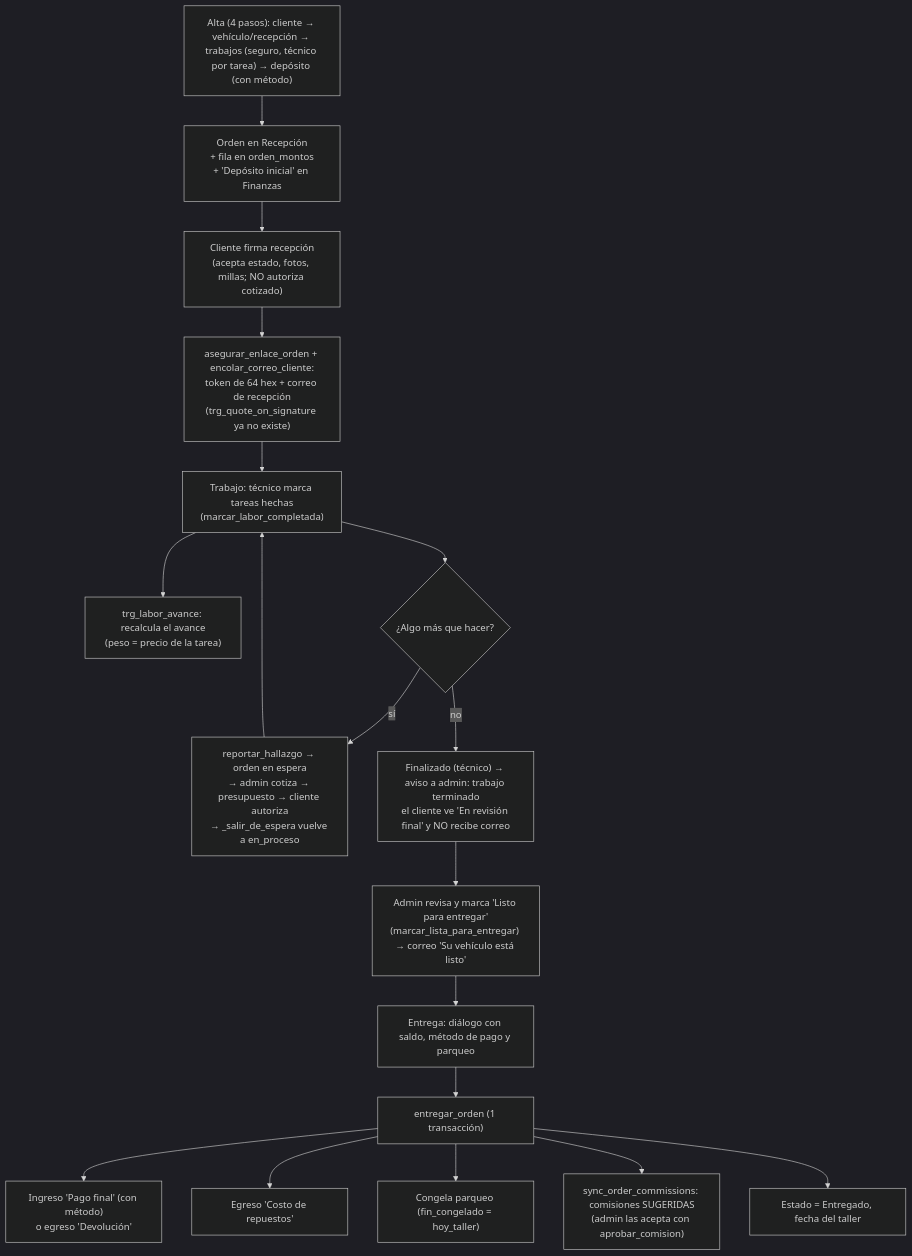
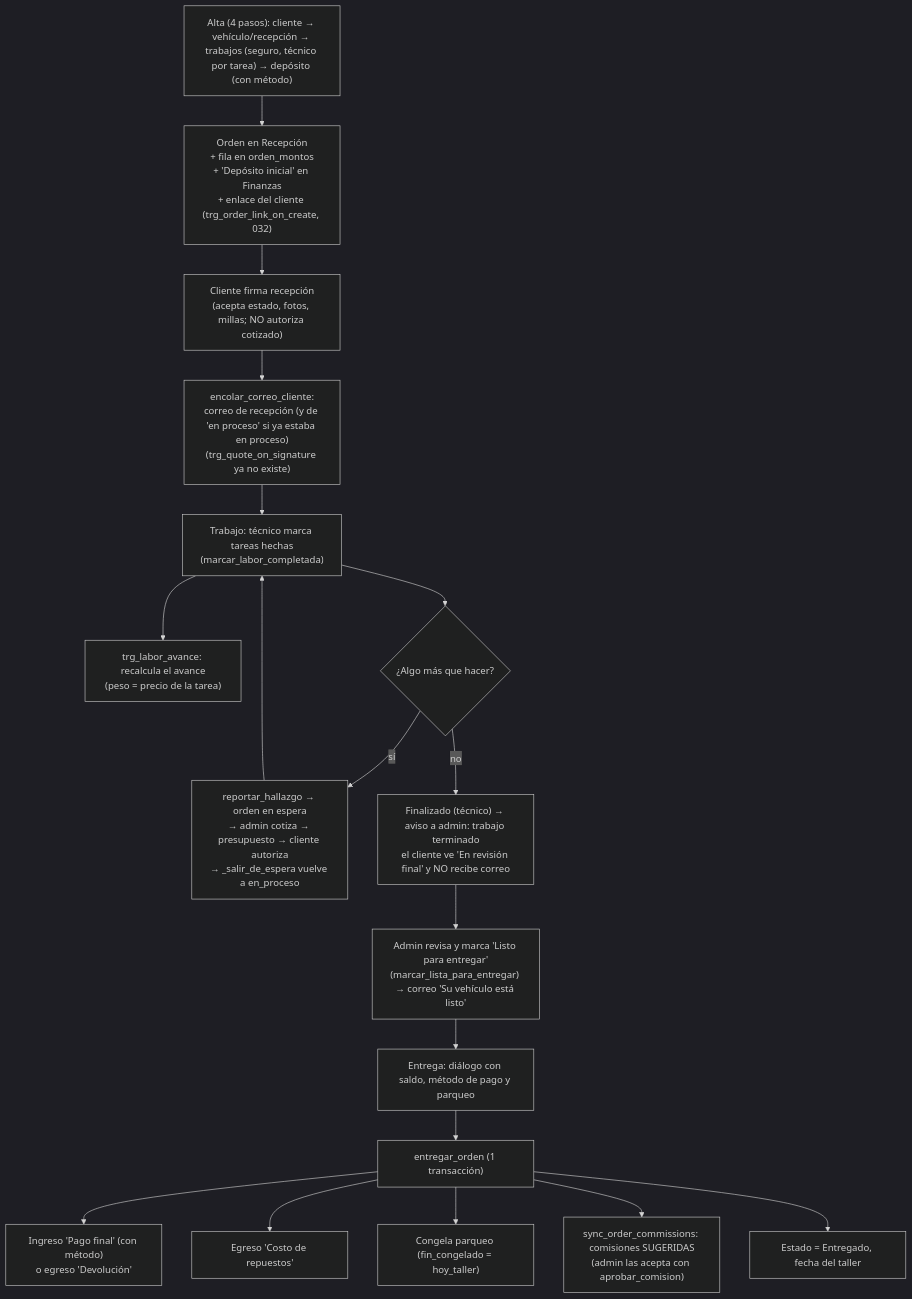
The fourth of 13 diagrams in docs/planos.md (kvngt/store_control_system), drawn with Mermaid (dark theme) before and after one commit. The commit also changed other lines of this file and 16 other files, not shown here.

Commit message:
docs: add business rules, testing plans, architecture, manuals, and deployment guides

````diff
--- a/docs/planos.md
+++ b/docs/planos.md
@@ -171,20 +171,20 @@
 ```mermaid
 flowchart TD
-  A["Alta (4 pasos): cliente → vehículo/recepción → trabajos (seguro, técnico por tarea) → depósito (con método)"] --> B["Orden en Recepción<br/>+ fila en orden_montos<br/>+ 'Depósito inicial' en Finanzas"]
+  A["Alta (4 pasos): cliente → vehículo/recepción → trabajos (seguro, técnico por tarea) → depósito (con método)"] --> B["Orden en Recepción<br/>+ fila en orden_montos<br/>+ 'Depósito inicial' en Finanzas<br/>+ enlace del cliente (trg_order_link_on_create, 032)"]
   B --> C["Cliente firma recepción<br/>(acepta estado, fotos, millas; NO autoriza cotizado)"]
-  C --> D["asegurar_enlace_orden + encolar_correo_cliente:<br/>token de 64 hex + correo de recepción<br/>(trg_quote_on_signature ya no existe)"]
+  C --> D["encolar_correo_cliente:<br/>correo de recepción (y de 'en proceso' si ya estaba en proceso)<br/>(trg_quote_on_signature ya no existe)"]
   D --> E["Trabajo: técnico marca tareas hechas<br/>(marcar_labor_completada)"]
   E --> F["trg_labor_avance: recalcula el avance<br/>(peso = precio de la tarea)"]
   E --> G{"¿Algo más que hacer?"}
   G -->|sí| H["reportar_hallazgo → orden en espera<br/>→ admin cotiza → presupuesto → cliente autoriza<br/>→ _salir_de_espera vuelve a en_proceso"]
   H --> E
   G -->|no| I["Finalizado (técnico) → aviso a admin: trabajo terminado<br/>el cliente ve 'En revisión final' y NO recibe correo"]
   I --> I2["Admin revisa y marca 'Listo para entregar'<br/>(marcar_lista_para_entregar) → correo 'Su vehículo está listo'"]
   I2 --> J["Entrega: diálogo con saldo, método de pago y parqueo"]
   J --> K["entregar_orden (1 transacción)"]
   K --> K1["Ingreso 'Pago final' (con método)<br/>o egreso 'Devolución'"]
   K --> K2["Egreso 'Costo de repuestos'"]
   K --> K3["Congela parqueo (fin_congelado = hoy_taller)"]
   K --> K4["sync_order_commissions: comisiones SUGERIDAS<br/>(admin las acepta con aprobar_comision)"]
   K --> K5["Estado = Entregado, fecha del taller"]
 ```
````
